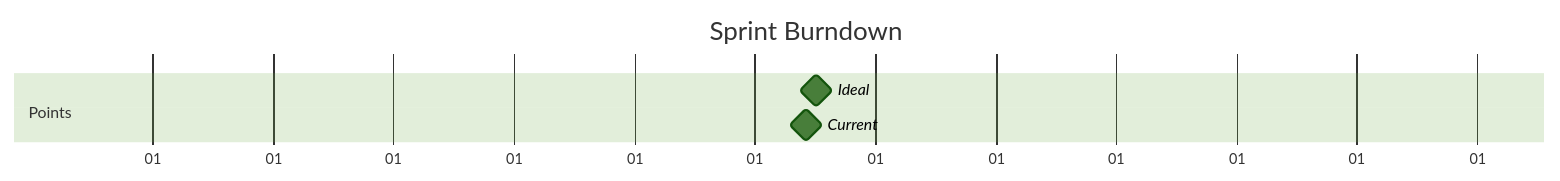
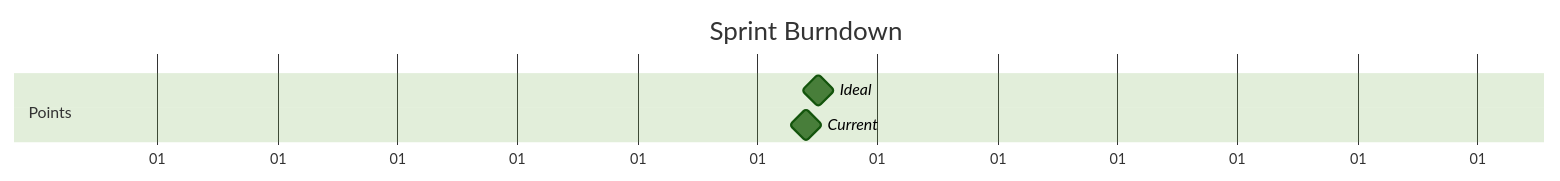
One commit to billynoodle/cursor-auto-rules-agile-workflow changed the diagram in .ai/sprints/current.md. Above: the diagram before and after it, drawn with Mermaid (forest theme). The commit also changed other lines of this file and 1421 other files, not shown here.

````diff
--- a/.ai/sprints/current.md
+++ b/.ai/sprints/current.md
@@ -28,9 +28,9 @@
 ```mermaid
 gantt
     title Sprint Burndown
     dateFormat  YYYY-MM-DD
     axisFormat %d
     section Points
     Ideal    : milestone, 11, 2024-03-18
-    Current  : milestone, 7, 2024-03-19
+    Current  : milestone, 6, 2024-03-20
 ```
````
